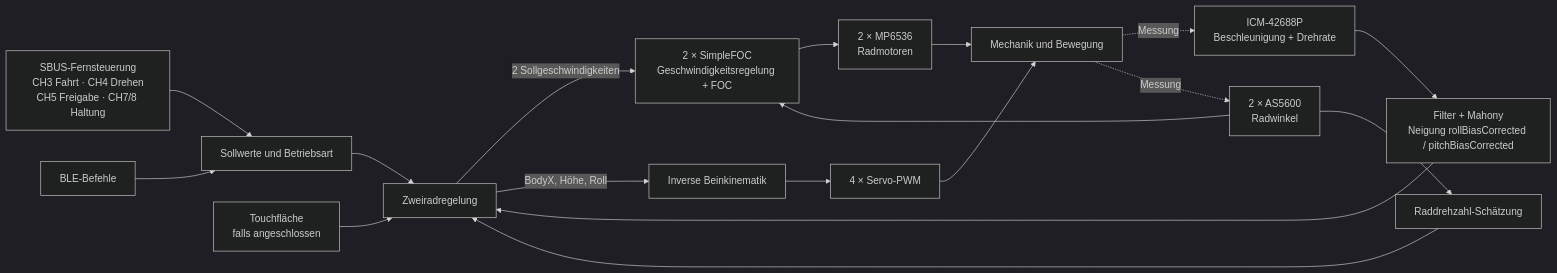
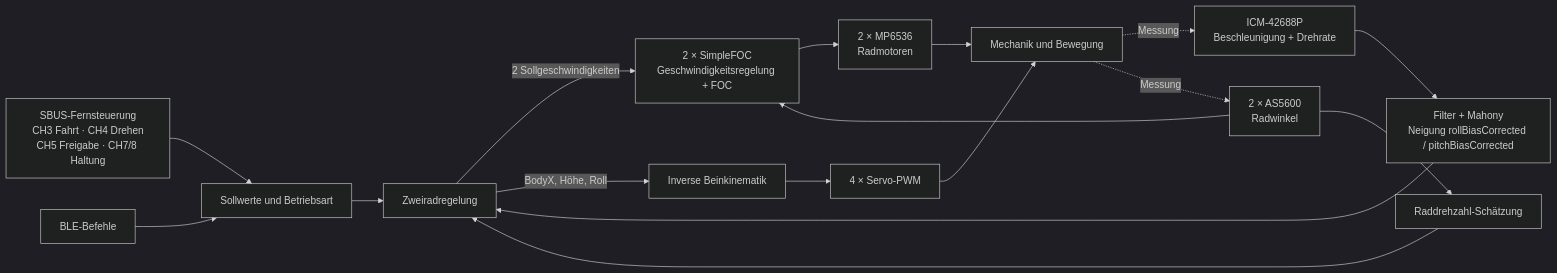
Before and after one commit to nikolasvoss/Navbot-ES02: the diagram in docs/robot/software/control/control-flow.md, drawn with Mermaid (dark theme). The commit also changed other lines of this file and 20 other files, not shown here.

````diff
--- a/docs/robot/software/control/control-flow.md
+++ b/docs/robot/software/control/control-flow.md
@@ -13,20 +13,19 @@
 ```mermaid
 flowchart LR
     RC[SBUS-Fernsteuerung<br/>CH3 Fahrt · CH4 Drehen<br/>CH5 Freigabe · CH7/8 Haltung] --> CMD[Sollwerte und Betriebsart]
     BLE[BLE-Befehle] --> CMD
     IMU[ICM-42688P<br/>Beschleunigung + Drehrate] --> MAH[Filter + Mahony<br/>Neigung rollBiasCorrected / pitchBiasCorrected]
     ENC[2 × AS5600<br/>Radwinkel] --> VEL[Raddrehzahl-Schätzung]
     CMD --> CTRL[Zweiradregelung]
     MAH --> CTRL
     VEL --> CTRL
-    TOUCH[Touchfläche<br/>falls angeschlossen] --> CTRL
     CTRL -->|2 Sollgeschwindigkeiten| FOC[2 × SimpleFOC<br/>Geschwindigkeitsregelung + FOC]
     ENC --> FOC
     FOC --> DRV[2 × MP6536<br/>Radmotoren]
     CTRL -->|BodyX, Höhe, Roll| IK[Inverse Beinkinematik]
     IK --> SERVO[4 × Servo-PWM]
     DRV --> ROBOT[Mechanik und Bewegung]
     SERVO --> ROBOT
     ROBOT -. Messung .-> IMU
     ROBOT -. Messung .-> ENC
 ```
````
